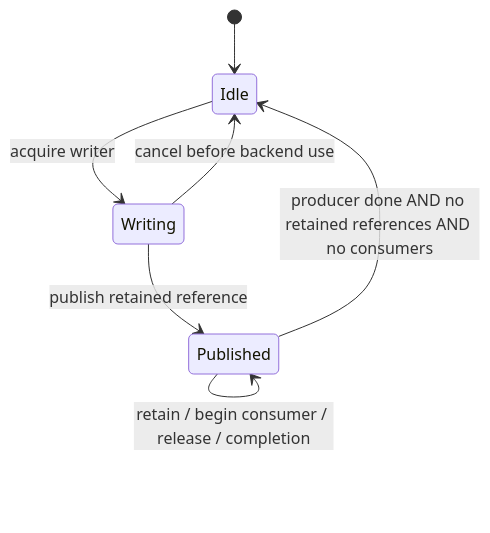
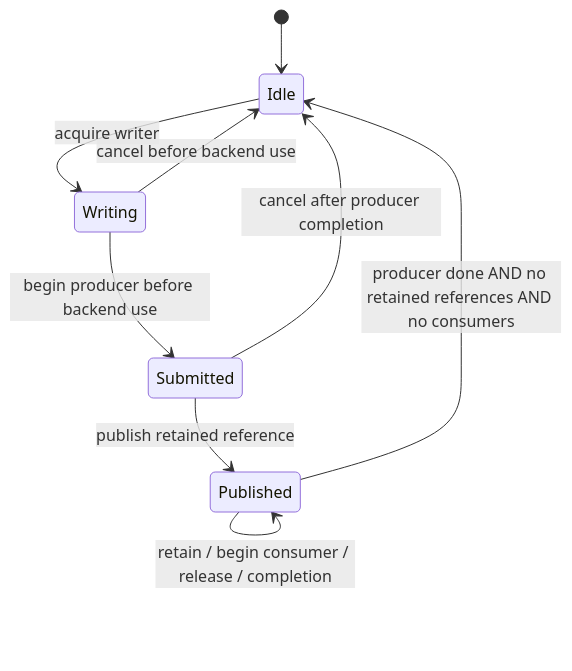
One commit to wieslawsoltes/WebScene changed the diagram in docs/graphics/gpu-canvas-lifetime.md. Above: the diagram before and after it, drawn with Mermaid. The commit also changed other lines of this file and 2 other files, not shown here.

Commit message:
Prevent active image aliasing and premature producer cancellation

````diff
--- a/docs/graphics/gpu-canvas-lifetime.md
+++ b/docs/graphics/gpu-canvas-lifetime.md
@@ -69,9 +69,11 @@
 ```mermaid
 stateDiagram-v2
     [*] --> Idle
     Idle --> Writing: acquire writer
-    Writing --> Published: publish retained reference
+    Writing --> Submitted: begin producer before backend use
+    Submitted --> Published: publish retained reference
+    Submitted --> Idle: cancel after producer completion
     Writing --> Idle: cancel before backend use
     Published --> Published: retain / begin consumer / release / completion
     Published --> Idle: producer done AND no retained references AND no consumers
 ```
````
